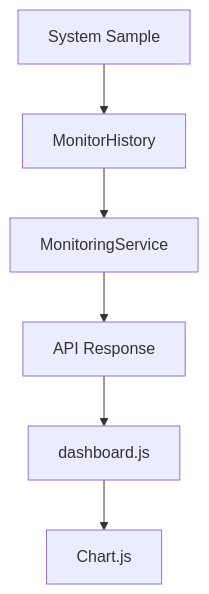
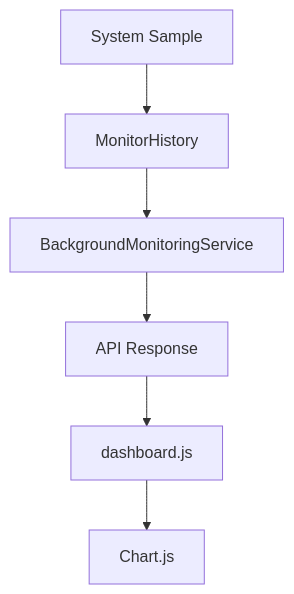
The sixth of 14 diagrams in docs/api.md (IronRon/Sys-Monitor), drawn with Mermaid before and after one commit. The commit also changed other lines of this file and 8 other files, not shown here.

First line of the commit message:
Refactor monitoring architecture to implement continuous background sampling

````diff
--- a/docs/api.md
+++ b/docs/api.md
@@ -1346,20 +1340,20 @@
 ```mermaid
 flowchart TD
     SAMPLE["System Sample"]
 
     HISTORY["MonitorHistory"]
 
-    SERVICE["MonitoringService"]
+    SERVICE["BackgroundMonitoringService"]
 
     API["API Response"]
 
     JS["dashboard.js"]
 
     CHART["Chart.js"]
 
     SAMPLE --> HISTORY
     HISTORY --> SERVICE
     SERVICE --> API
     API --> JS
     JS --> CHART
 ```
````
